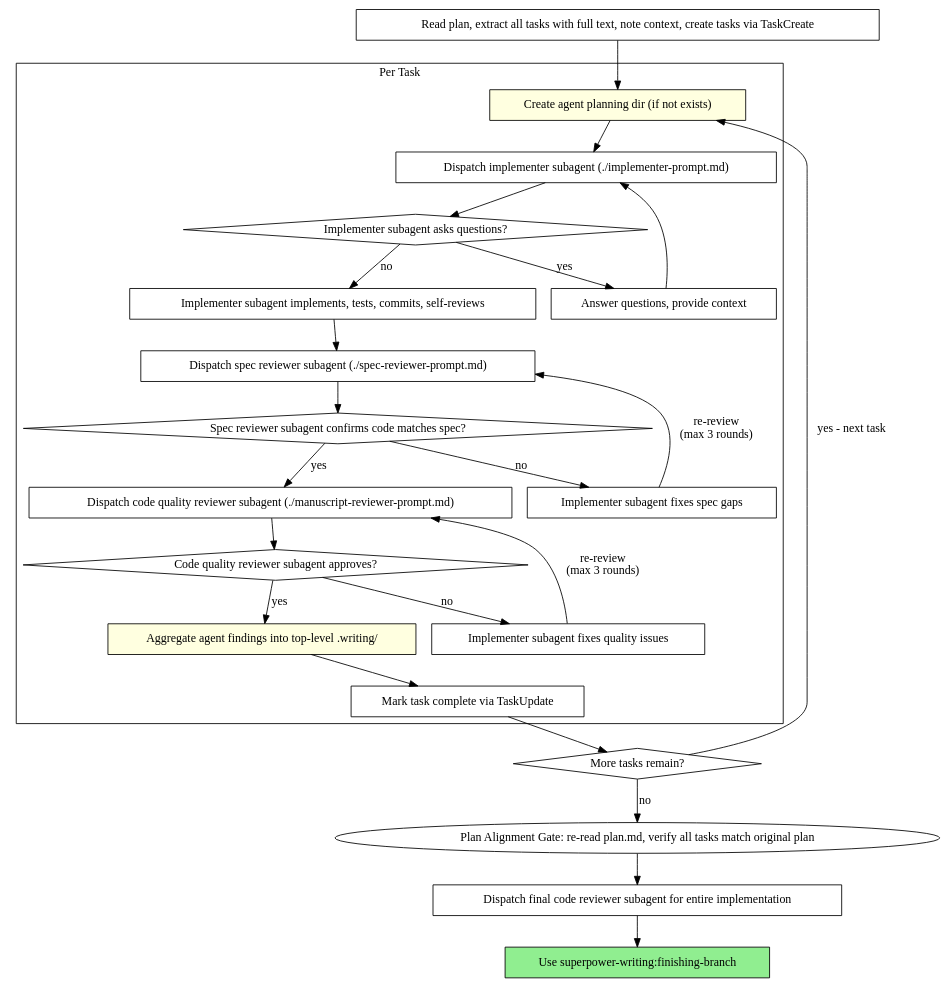
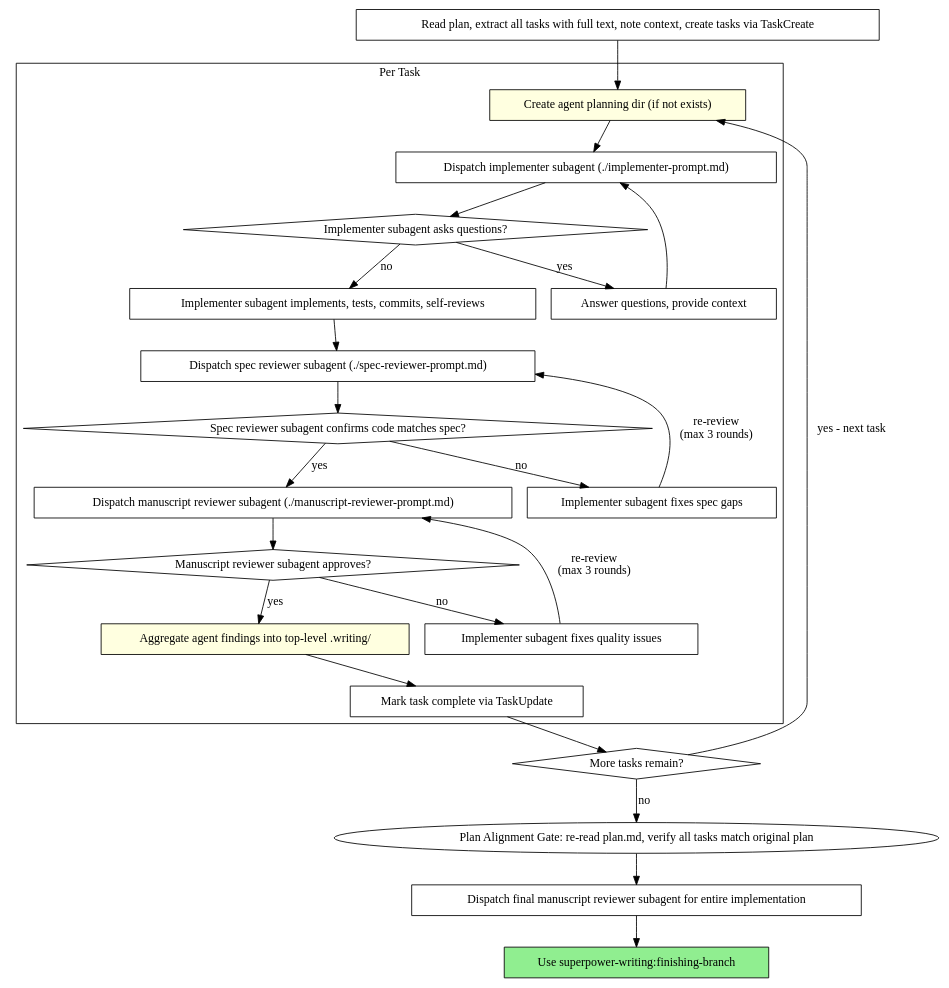
Before and after one commit to SipengXie2024/superpower-writing: the second of 2 diagrams in skills/subagent-driven/SKILL.md, drawn with Graphviz. The commit also changed other lines of this file and 1 other file, not shown here.

Commit message:
fix(skills): rewrite subagent-driven reviewer prose to manuscript framing

````diff
--- a/skills/subagent-driven/SKILL.md
+++ b/skills/subagent-driven/SKILL.md
@@ -84,49 +84,49 @@
 ```dot
 digraph process {
     rankdir=TB;
 
     subgraph cluster_per_task {
         label="Per Task";
         "Create agent planning dir (if not exists)" [shape=box style=filled fillcolor=lightyellow];
         "Dispatch implementer subagent (./implementer-prompt.md)" [shape=box];
         "Implementer subagent asks questions?" [shape=diamond];
         "Answer questions, provide context" [shape=box];
         "Implementer subagent implements, tests, commits, self-reviews" [shape=box];
         "Dispatch spec reviewer subagent (./spec-reviewer-prompt.md)" [shape=box];
         "Spec reviewer subagent confirms code matches spec?" [shape=diamond];
         "Implementer subagent fixes spec gaps" [shape=box];
-        "Dispatch code quality reviewer subagent (./manuscript-reviewer-prompt.md)" [shape=box];
-        "Code quality reviewer subagent approves?" [shape=diamond];
+        "Dispatch manuscript reviewer subagent (./manuscript-reviewer-prompt.md)" [shape=box];
+        "Manuscript reviewer subagent approves?" [shape=diamond];
         "Implementer subagent fixes quality issues" [shape=box];
         "Aggregate agent findings into top-level .writing/" [shape=box style=filled fillcolor=lightyellow];
         "Mark task complete via TaskUpdate" [shape=box];
     }
 
     "Read plan, extract all tasks with full text, note context, create tasks via TaskCreate" [shape=box];
     "More tasks remain?" [shape=diamond];
-    "Dispatch final code reviewer subagent for entire implementation" [shape=box];
+    "Dispatch final manuscript reviewer subagent for entire implementation" [shape=box];
     "Use superpower-writing:finishing-branch" [shape=box style=filled fillcolor=lightgreen];
 
     "Read plan, extract all tasks with full text, note context, create tasks via TaskCreate" -> "Create agent planning dir (if not exists)";
     "Create agent planning dir (if not exists)" -> "Dispatch implementer subagent (./implementer-prompt.md)";
     "Dispatch implementer subagent (./implementer-prompt.md)" -> "Implementer subagent asks questions?";
     "Implementer subagent asks questions?" -> "Answer questions, provide context" [label="yes"];
     "Answer questions, provide context" -> "Dispatch implementer subagent (./implementer-prompt.md)";
     "Implementer subagent asks questions?" -> "Implementer subagent implements, tests, commits, self-reviews" [label="no"];
     "Implementer subagent implements, tests, commits, self-reviews" -> "Dispatch spec reviewer subagent (./spec-reviewer-prompt.md)";
     "Dispatch spec reviewer subagent (./spec-reviewer-prompt.md)" -> "Spec reviewer subagent confirms code matches spec?";
     "Spec reviewer subagent confirms code matches spec?" -> "Implementer subagent fixes spec gaps" [label="no"];
     "Implementer subagent fixes spec gaps" -> "Dispatch spec reviewer subagent (./spec-reviewer-prompt.md)" [label="re-review\n(max 3 rounds)"];
-    "Spec reviewer subagent confirms code matches spec?" -> "Dispatch code quality reviewer subagent (./manuscript-reviewer-prompt.md)" [label="yes"];
-    "Dispatch code quality reviewer subagent (./manuscript-reviewer-prompt.md)" -> "Code quality reviewer subagent approves?";
-    "Code quality reviewer subagent approves?" -> "Implementer subagent fixes quality issues" [label="no"];
-    "Implementer subagent fixes quality issues" -> "Dispatch code quality reviewer subagent (./manuscript-reviewer-prompt.md)" [label="re-review\n(max 3 rounds)"];
-    "Code quality reviewer subagent approves?" -> "Aggregate agent findings into top-level .writing/" [label="yes"];
+    "Spec reviewer subagent confirms code matches spec?" -> "Dispatch manuscript reviewer subagent (./manuscript-reviewer-prompt.md)" [label="yes"];
+    "Dispatch manuscript reviewer subagent (./manuscript-reviewer-prompt.md)" -> "Manuscript reviewer subagent approves?";
+    "Manuscript reviewer subagent approves?" -> "Implementer subagent fixes quality issues" [label="no"];
+    "Implementer subagent fixes quality issues" -> "Dispatch manuscript reviewer subagent (./manuscript-reviewer-prompt.md)" [label="re-review\n(max 3 rounds)"];
+    "Manuscript reviewer subagent approves?" -> "Aggregate agent findings into top-level .writing/" [label="yes"];
     "Aggregate agent findings into top-level .writing/" -> "Mark task complete via TaskUpdate";
     "Mark task complete via TaskUpdate" -> "More tasks remain?";
     "More tasks remain?" -> "Create agent planning dir (if not exists)" [label="yes - next task"];
     "More tasks remain?" -> "Plan Alignment Gate: re-read plan.md, verify all tasks match original plan" [label="no"];
-    "Plan Alignment Gate: re-read plan.md, verify all tasks match original plan" -> "Dispatch final code reviewer subagent for entire implementation";
-    "Dispatch final code reviewer subagent for entire implementation" -> "Use superpower-writing:finishing-branch";
+    "Plan Alignment Gate: re-read plan.md, verify all tasks match original plan" -> "Dispatch final manuscript reviewer subagent for entire implementation";
+    "Dispatch final manuscript reviewer subagent for entire implementation" -> "Use superpower-writing:finishing-branch";
 }
 ```
````
